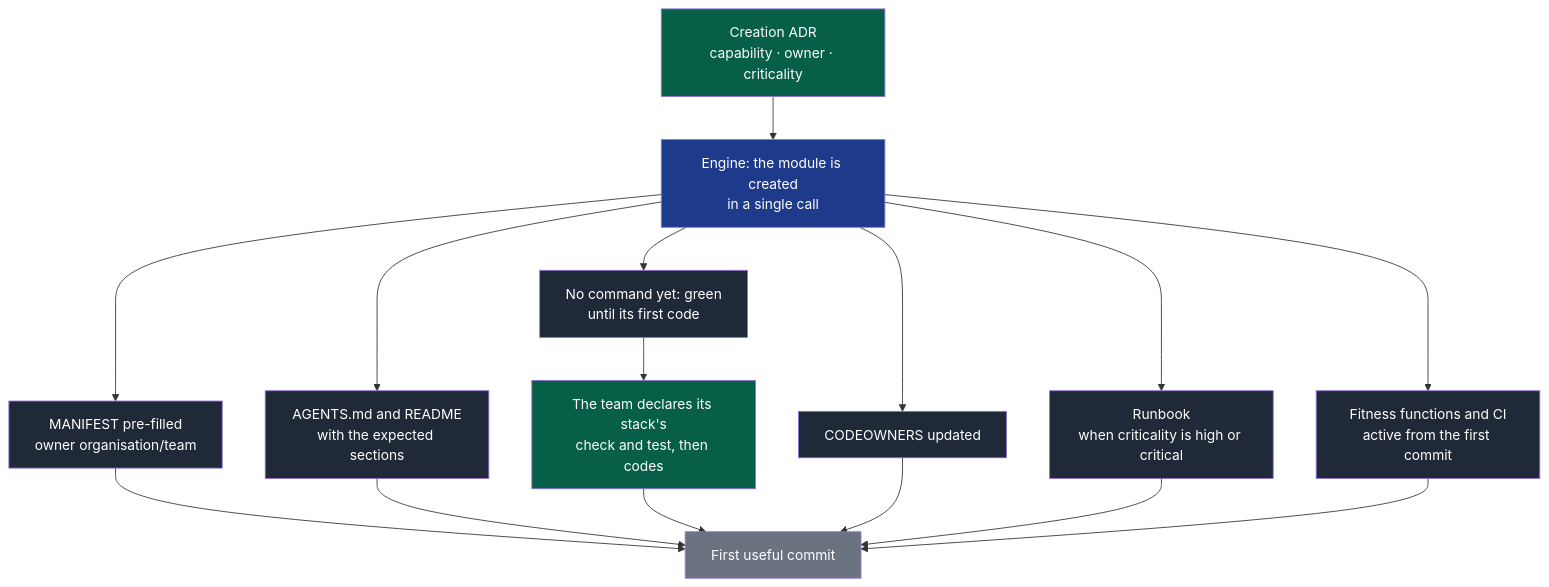
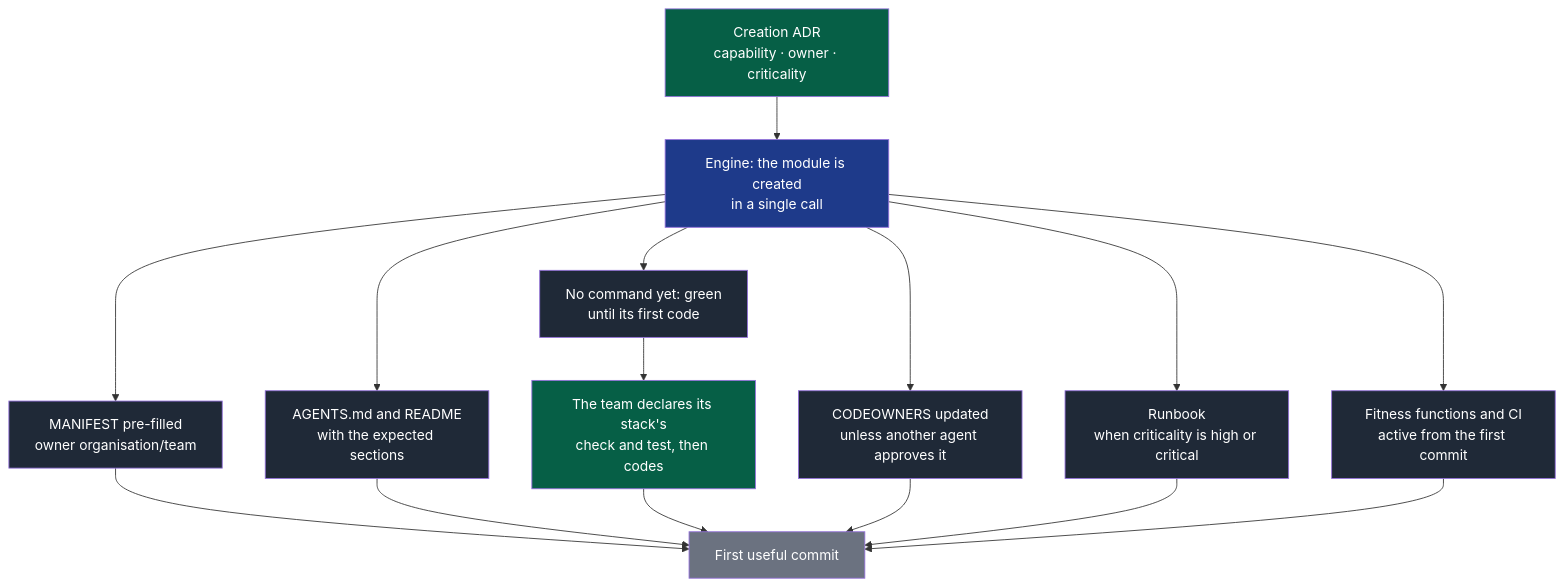
The second of 2 diagrams in skeleton/.nstack/handbook/09-platform.md (NapkinStack/engineering-os), drawn with Mermaid before and after one commit. The commit also changed 13 other files, not shown here.

````diff
--- a/skeleton/.nstack/handbook/09-platform.md
+++ b/skeleton/.nstack/handbook/09-platform.md
@@ -168,22 +168,22 @@
 ```mermaid
 flowchart TD
     A["Creation ADR<br/>capability · owner · criticality"]:::human --> B["Engine: the module is created<br/>in a single call"]:::engine
     B --> C1["MANIFEST pre-filled<br/>owner organisation/team"]:::generated
     B --> C2["AGENTS.md and README<br/>with the expected sections"]:::generated
     B --> C3["No command yet: green<br/>until its first code"]:::generated
-    B --> C4["CODEOWNERS updated"]:::generated
+    B --> C4["CODEOWNERS updated<br/>unless another agent approves it"]:::generated
     B --> C5["Runbook<br/>when criticality is high or critical"]:::generated
     B --> C6["Fitness functions and CI<br/>active from the first commit"]:::generated
     C3 --> E["The team declares its stack's<br/>check and test, then codes"]:::human
     C1 --> D["First useful commit"]:::done
     C2 --> D
     E --> D
     C4 --> D
     C5 --> D
     C6 --> D
 
     classDef human fill:#065f46,color:#fff
     classDef engine fill:#1e3a8a,color:#fff
     classDef generated fill:#1f2937,color:#fff
     classDef done fill:#6b7280,color:#fff
 ```
````
